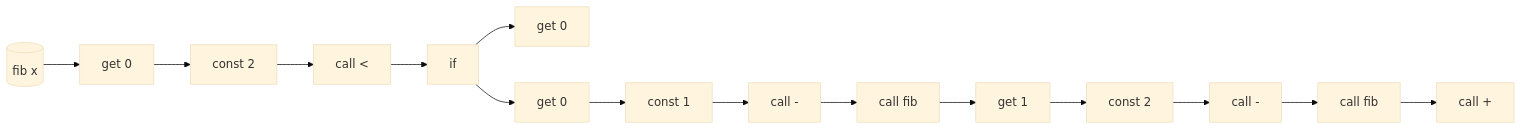
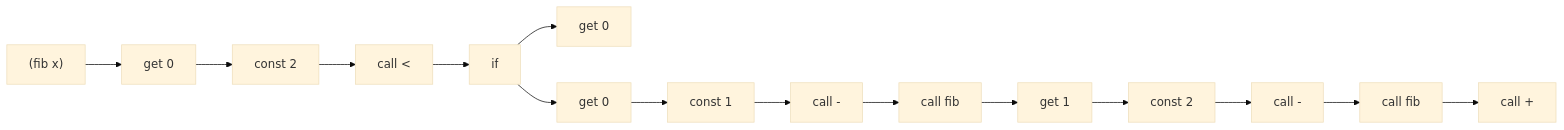
The diagram in slides/papers/stak-scheme/fibonacci.mmd (raviqqe/doc), drawn with Mermaid (base theme) before and after one commit.

```diff
--- a/slides/papers/stak-scheme/fibonacci.mmd
+++ b/slides/papers/stak-scheme/fibonacci.mmd
@@ -1,6 +1,6 @@
 flowchart LR
-  f0[(fib x)] --> c0
+  f0["(fib x)"] --> c0
   c0[get 0] --> c1[const 2] --> c2[call <] --> c4
   c4[if] -->  c5[get 0]
   c4 -->  c6[get 0] --> c7[const 1] --> c8[call -] --> c9[call fib] --> c10
   c10[get 1] --> c11[const 2] --> c12[call -] --> c13[call fib] --> c14[call +]
```
